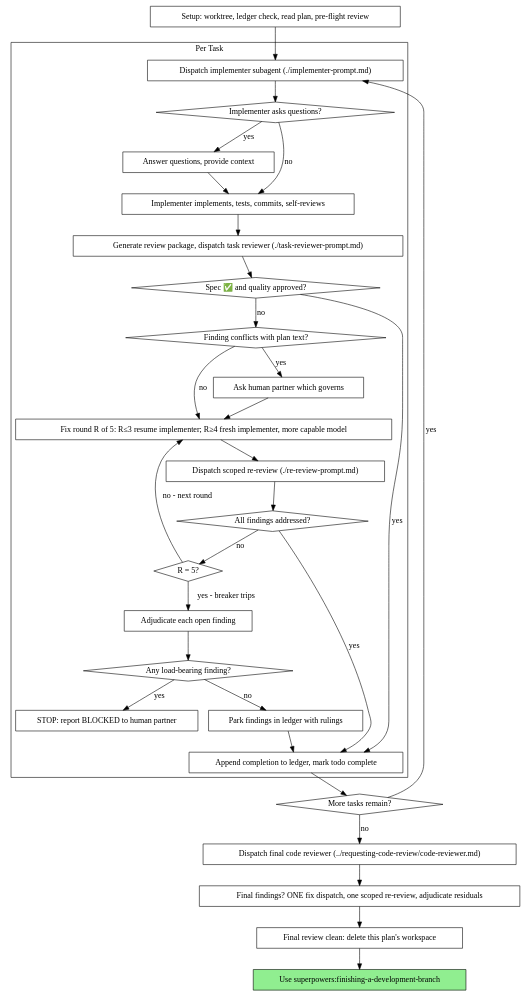
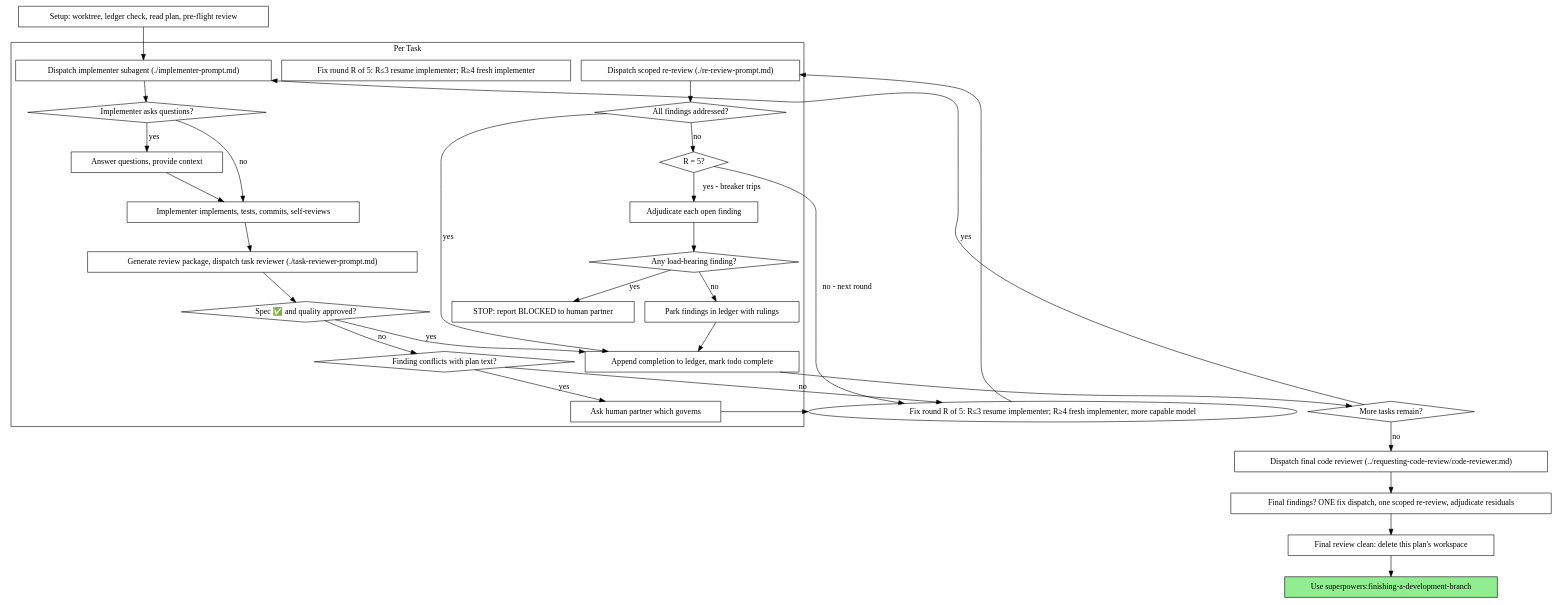
Before and after one commit to jmotadiaz/ai-chatbot: the second of 2 diagrams in packages/coding-agent/extensions/superpowers/skills/subagent-driven-development/SKILL.md, drawn with Graphviz. The commit also changed other lines of this file and 4 other files, not shown here.

````diff
--- a/packages/coding-agent/extensions/superpowers/skills/subagent-driven-development/SKILL.md
+++ b/packages/coding-agent/extensions/superpowers/skills/subagent-driven-development/SKILL.md
@@ -47,62 +47,62 @@
 ```dot
 digraph process {
     rankdir=TB;
 
     subgraph cluster_per_task {
         label="Per Task";
         "Dispatch implementer subagent (./implementer-prompt.md)" [shape=box];
         "Implementer asks questions?" [shape=diamond];
         "Answer questions, provide context" [shape=box];
         "Implementer implements, tests, commits, self-reviews" [shape=box];
         "Generate review package, dispatch task reviewer (./task-reviewer-prompt.md)" [shape=box];
         "Spec ✅ and quality approved?" [shape=diamond];
         "Finding conflicts with plan text?" [shape=diamond];
         "Ask human partner which governs" [shape=box];
-        "Fix round R of 5: R≤3 resume implementer; R≥4 fresh implementer, more capable model" [shape=box];
+        "Fix round R of 5: R≤3 resume implementer; R≥4 fresh implementer" [shape=box];
         "Dispatch scoped re-review (./re-review-prompt.md)" [shape=box];
         "All findings addressed?" [shape=diamond];
         "R = 5?" [shape=diamond];
         "Adjudicate each open finding" [shape=box];
         "Any load-bearing finding?" [shape=diamond];
         "STOP: report BLOCKED to human partner" [shape=box];
         "Park findings in ledger with rulings" [shape=box];
         "Append completion to ledger, mark todo complete" [shape=box];
     }
 
     "Setup: worktree, ledger check, read plan, pre-flight review" [shape=box];
     "More tasks remain?" [shape=diamond];
     "Dispatch final code reviewer (../requesting-code-review/code-reviewer.md)" [shape=box];
     "Final findings? ONE fix dispatch, one scoped re-review, adjudicate residuals" [shape=box];
     "Final review clean: delete this plan's workspace" [shape=box];
     "Use superpowers:finishing-a-development-branch" [shape=box style=filled fillcolor=lightgreen];
 
     "Setup: worktree, ledger check, read plan, pre-flight review" -> "Dispatch implementer subagent (./implementer-prompt.md)";
     "Dispatch implementer subagent (./implementer-prompt.md)" -> "Implementer asks questions?";
     "Implementer asks questions?" -> "Answer questions, provide context" [label="yes"];
     "Answer questions, provide context" -> "Implementer implements, tests, commits, self-reviews";
     "Implementer asks questions?" -> "Implementer implements, tests, commits, self-reviews" [label="no"];
     "Implementer implements, tests, commits, self-reviews" -> "Generate review package, dispatch task reviewer (./task-reviewer-prompt.md)";
     "Generate review package, dispatch task reviewer (./task-reviewer-prompt.md)" -> "Spec ✅ and quality approved?";
     "Spec ✅ and quality approved?" -> "Append completion to ledger, mark todo complete" [label="yes"];
     "Spec ✅ and quality approved?" -> "Finding conflicts with plan text?" [label="no"];
     "Finding conflicts with plan text?" -> "Ask human partner which governs" [label="yes"];
     "Ask human partner which governs" -> "Fix round R of 5: R≤3 resume implementer; R≥4 fresh implementer, more capable model";
     "Finding conflicts with plan text?" -> "Fix round R of 5: R≤3 resume implementer; R≥4 fresh implementer, more capable model" [label="no"];
     "Fix round R of 5: R≤3 resume implementer; R≥4 fresh implementer, more capable model" -> "Dispatch scoped re-review (./re-review-prompt.md)";
     "Dispatch scoped re-review (./re-review-prompt.md)" -> "All findings addressed?";
     "All findings addressed?" -> "Append completion to ledger, mark todo complete" [label="yes"];
     "All findings addressed?" -> "R = 5?" [label="no"];
     "R = 5?" -> "Fix round R of 5: R≤3 resume implementer; R≥4 fresh implementer, more capable model" [label="no - next round"];
     "R = 5?" -> "Adjudicate each open finding" [label="yes - breaker trips"];
     "Adjudicate each open finding" -> "Any load-bearing finding?";
     "Any load-bearing finding?" -> "STOP: report BLOCKED to human partner" [label="yes"];
     "Any load-bearing finding?" -> "Park findings in ledger with rulings" [label="no"];
     "Park findings in ledger with rulings" -> "Append completion to ledger, mark todo complete";
     "Append completion to ledger, mark todo complete" -> "More tasks remain?";
     "More tasks remain?" -> "Dispatch implementer subagent (./implementer-prompt.md)" [label="yes"];
     "More tasks remain?" -> "Dispatch final code reviewer (../requesting-code-review/code-reviewer.md)" [label="no"];
     "Dispatch final code reviewer (../requesting-code-review/code-reviewer.md)" -> "Final findings? ONE fix dispatch, one scoped re-review, adjudicate residuals";
     "Final findings? ONE fix dispatch, one scoped re-review, adjudicate residuals" -> "Final review clean: delete this plan's workspace";
     "Final review clean: delete this plan's workspace" -> "Use superpowers:finishing-a-development-branch";
 }
 ```
````
